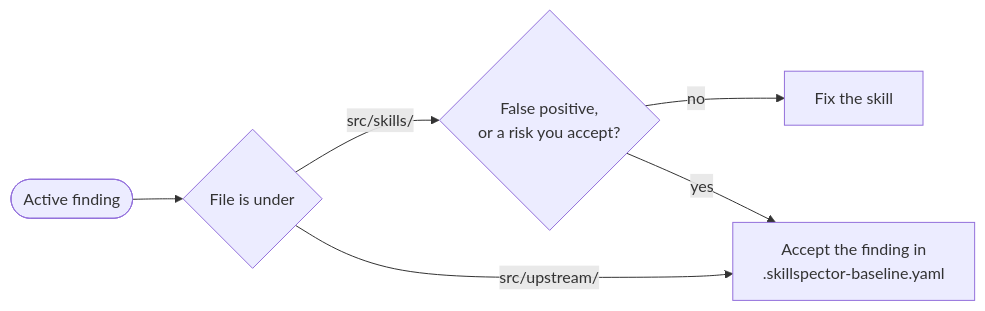
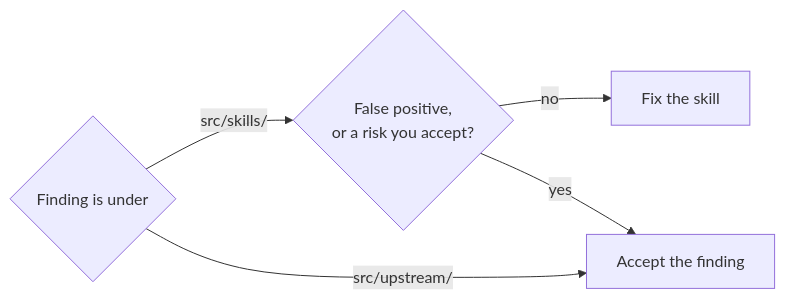
One commit to dev-soprasteriano/alf changed the diagram in docs/skillspector.md. Above: the diagram before and after it, drawn with Mermaid.

Commit message:
Fit the SkillSpector flowchart beside the Mermaid controls

````diff
--- a/docs/skillspector.md
+++ b/docs/skillspector.md
@@ -16,8 +16,7 @@
 ```mermaid
 flowchart LR
-    fail([Active finding]) --> where{File is under}
-    where -->|src/skills/| real{"False positive,<br>or a risk you accept?"}
+    where{Finding is under} -->|src/skills/| real{"False positive,<br>or a risk you accept?"}
     where -->|src/upstream/| accept
     real -->|no| fix[Fix the skill]
-    real -->|yes| accept["Accept the finding in<br>.skillspector-baseline.yaml"]
+    real -->|yes| accept[Accept the finding]
 ```
````
